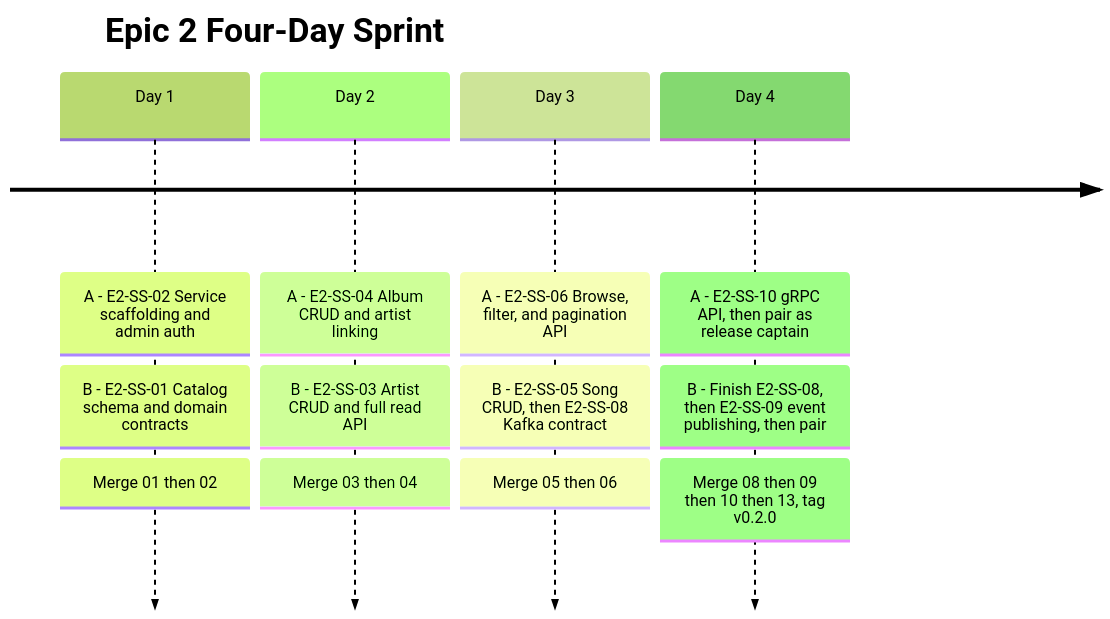
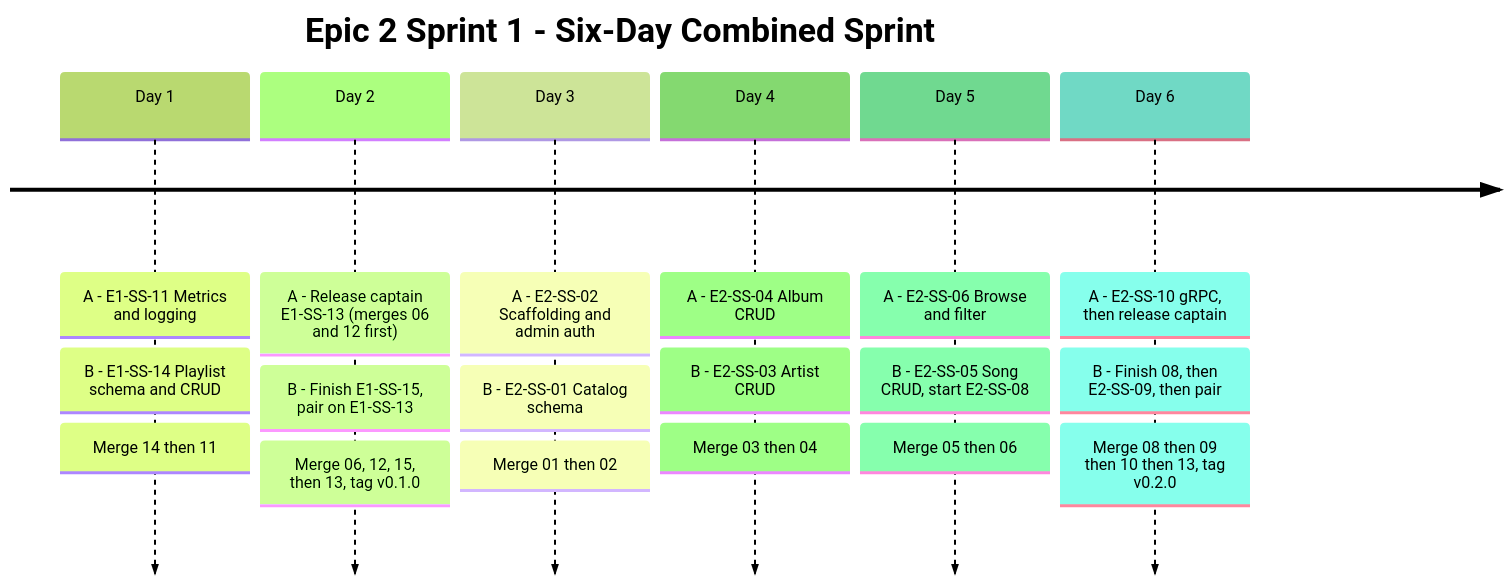
Before and after one commit to jeelan-ds786/music-recommender-system: the first of 2 diagrams in Sprint deliverables/Epic 2/Sprint Tracker/Sprint 1/Sprint1_Tracker.md, drawn with Mermaid (forest theme). The commit also changed other lines of this file and 6 other files, not shown here.

````diff
--- a/Sprint deliverables/Epic 2/Sprint Tracker/Sprint 1/Sprint1_Tracker.md
+++ b/Sprint deliverables/Epic 2/Sprint Tracker/Sprint 1/Sprint1_Tracker.md
@@ -21,16 +25,22 @@
 ```mermaid
 timeline
-    title Epic 2 Four-Day Sprint
-    Day 1 : A - E2-SS-02 Service scaffolding and admin auth
-          : B - E2-SS-01 Catalog schema and domain contracts
+    title Epic 2 Sprint 1 - Six-Day Combined Sprint
+    Day 1 : A - E1-SS-11 Metrics and logging
+          : B - E1-SS-14 Playlist schema and CRUD
+          : Merge 14 then 11
+    Day 2 : A - Release captain E1-SS-13 (merges 06 and 12 first)
+          : B - Finish E1-SS-15, pair on E1-SS-13
+          : Merge 06, 12, 15, then 13, tag v0.1.0
+    Day 3 : A - E2-SS-02 Scaffolding and admin auth
+          : B - E2-SS-01 Catalog schema
           : Merge 01 then 02
-    Day 2 : A - E2-SS-04 Album CRUD and artist linking
-          : B - E2-SS-03 Artist CRUD and full read API
+    Day 4 : A - E2-SS-04 Album CRUD
+          : B - E2-SS-03 Artist CRUD
           : Merge 03 then 04
-    Day 3 : A - E2-SS-06 Browse, filter, and pagination API
-          : B - E2-SS-05 Song CRUD, then E2-SS-08 Kafka contract
+    Day 5 : A - E2-SS-06 Browse and filter
+          : B - E2-SS-05 Song CRUD, start E2-SS-08
           : Merge 05 then 06
-    Day 4 : A - E2-SS-10 gRPC API, then pair as release captain
-          : B - Finish E2-SS-08, then E2-SS-09 event publishing, then pair
+    Day 6 : A - E2-SS-10 gRPC, then release captain
+          : B - Finish 08, then E2-SS-09, then pair
           : Merge 08 then 09 then 10 then 13, tag v0.2.0
 ```
````
